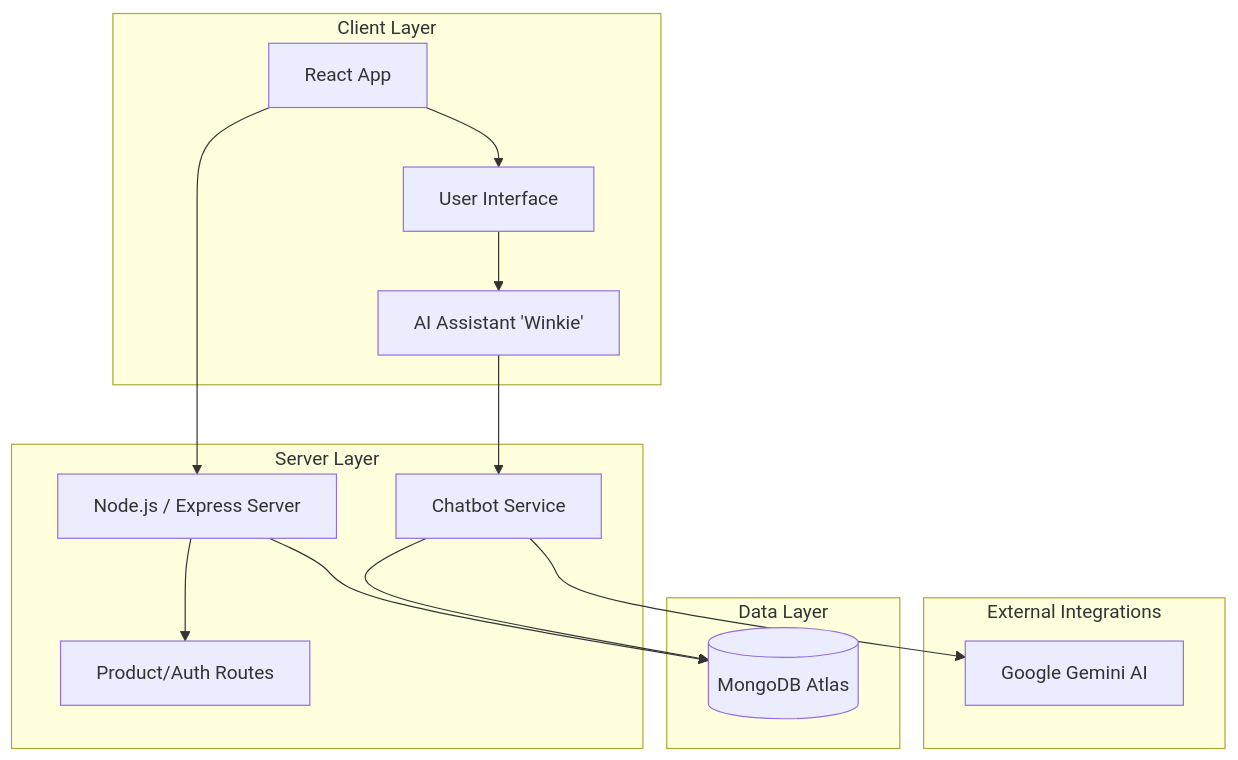
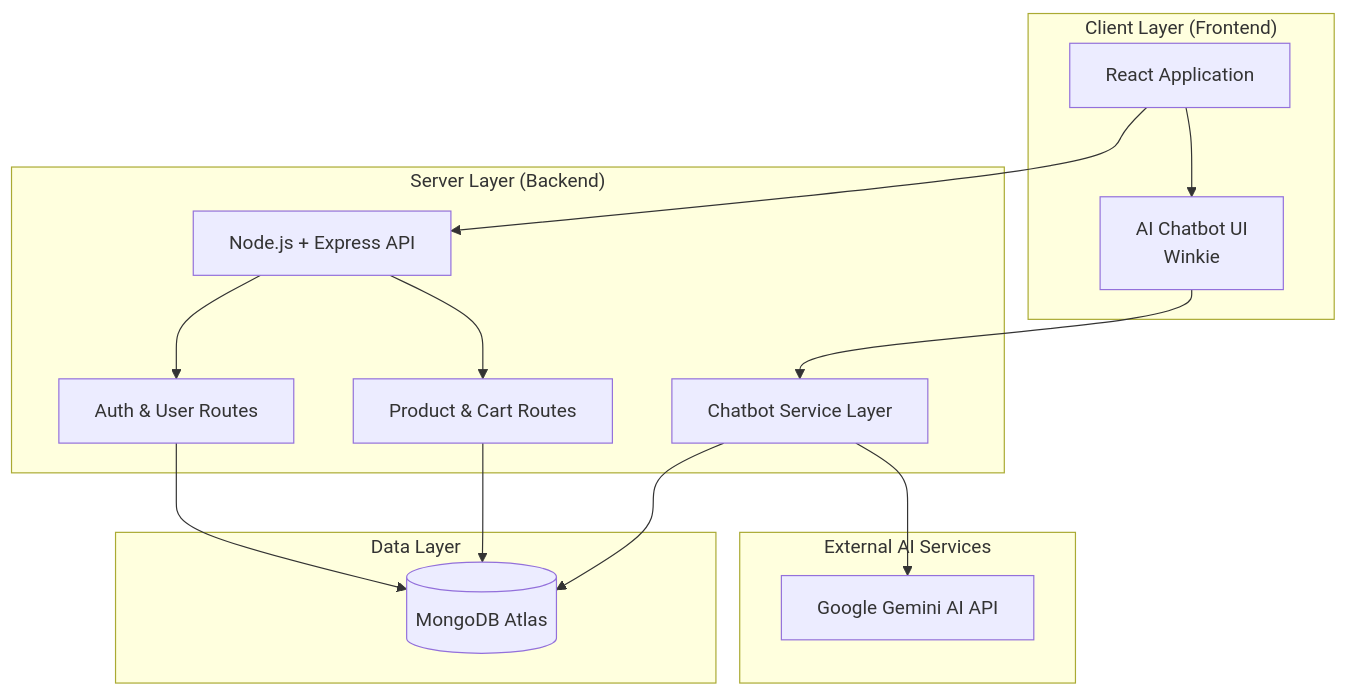
Before and after one commit to PriyanshuSingh10114/winkwear: the diagram in README.md, drawn with Mermaid.

````diff
--- a/README.md
+++ b/README.md
@@ -18,22 +18,39 @@
 ```mermaid
-graph TD
-    subgraph "Client Layer"
-        A[React App] --> B[User Interface]
-        B --> C[AI Assistant 'Winkie']
+flowchart TD
+    %% ================= CLIENT LAYER =================
+    subgraph CL["Client Layer (Frontend)"]
+        UI[React Application]
+        CHAT[AI Chatbot UI<br/>Winkie]
+        UI --> CHAT
     end
 
-    subgraph "Server Layer"
-        A --> D[Node.js / Express Server]
-        C --> E[Chatbot Service]
-        D --> F[Product/Auth Routes]
+    %% ================= SERVER LAYER =================
+    subgraph SL["Server Layer (Backend)"]
+        API[Node.js + Express API]
+        AUTH[Auth & User Routes]
+        PROD[Product & Cart Routes]
+        BOT[Chatbot Service Layer]
+        
+        API --> AUTH
+        API --> PROD
+        CHAT --> BOT
     end
 
-    subgraph "External Integrations"
-        E --> I[Google Gemini AI]
+    %% ================= EXTERNAL SERVICES =================
+    subgraph ES["External AI Services"]
+        GEMINI[Google Gemini AI API]
     end
 
-    subgraph "Data Layer"
-        D --> J[(MongoDB Atlas)]
-        E --> J
+    %% ================= DATA LAYER =================
+    subgraph DL["Data Layer"]
+        DB[(MongoDB Atlas)]
     end
+
+    %% ================= CONNECTIONS =================
+    UI --> API
+    BOT --> GEMINI
+    AUTH --> DB
+    PROD --> DB
+    BOT --> DB
+
 ```
````
